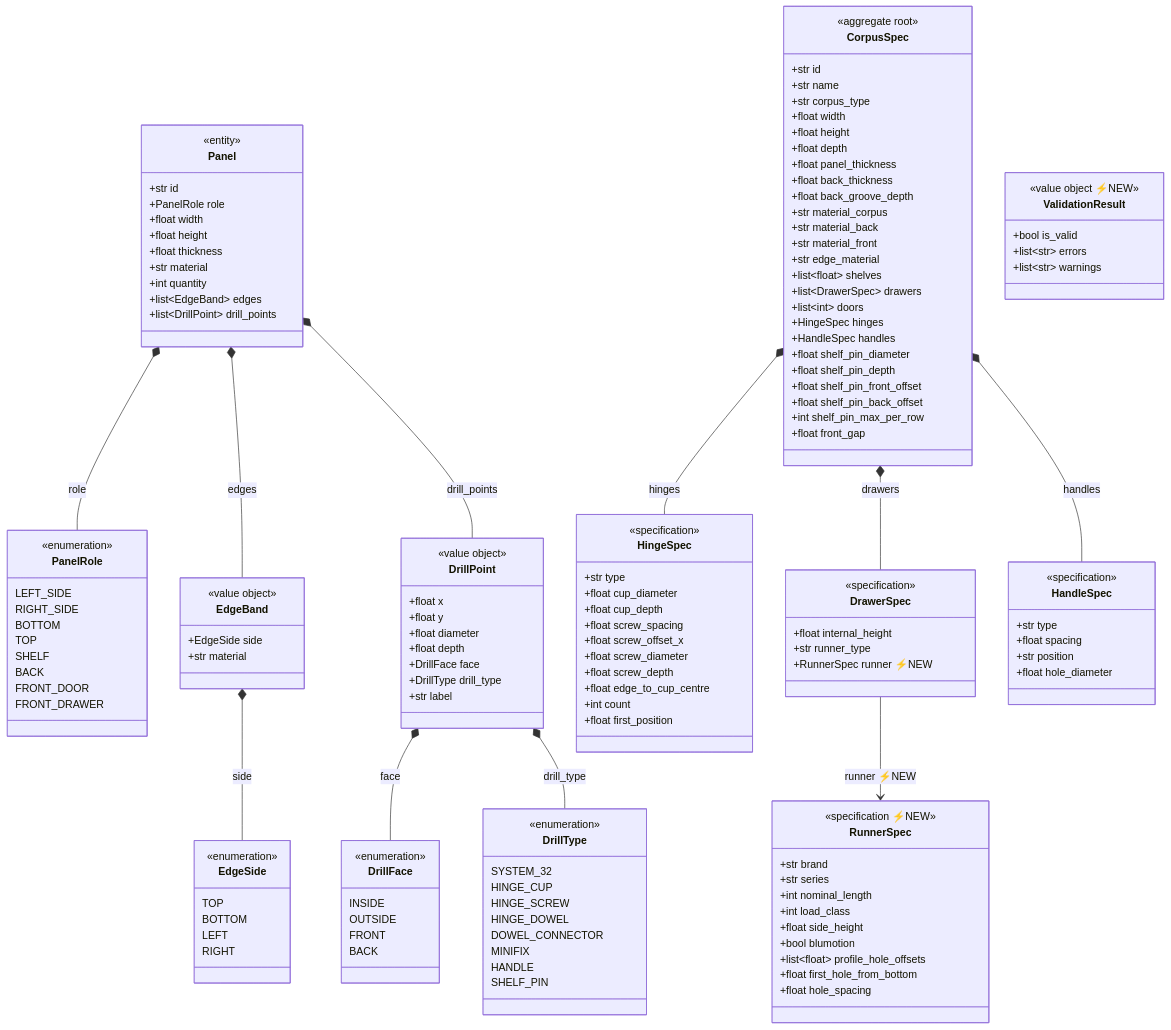
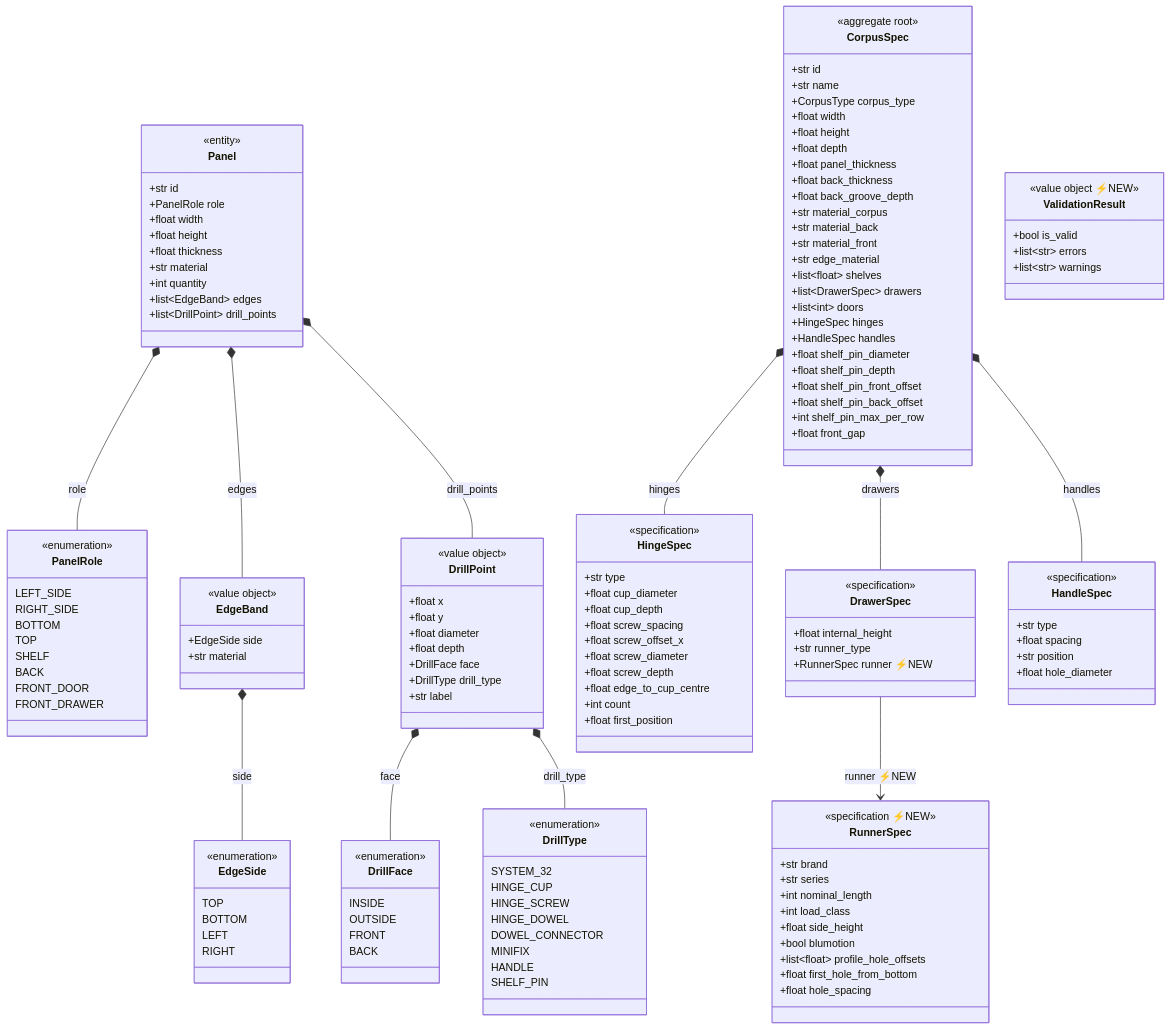
The fifth of 13 diagrams in kitchen-cad/docs/architecture.md (m1981/kuchnie), drawn with Mermaid before and after one commit. The commit also changed other lines of this file and 11 other files, not shown here.

```diff
--- a/kitchen-cad/docs/architecture.md
+++ b/kitchen-cad/docs/architecture.md
@@ -315,7 +315,7 @@
         <<aggregate root>>
         +str id
         +str name
-        +str corpus_type
+        +CorpusType corpus_type
         +float width
         +float height
         +float depth
```
